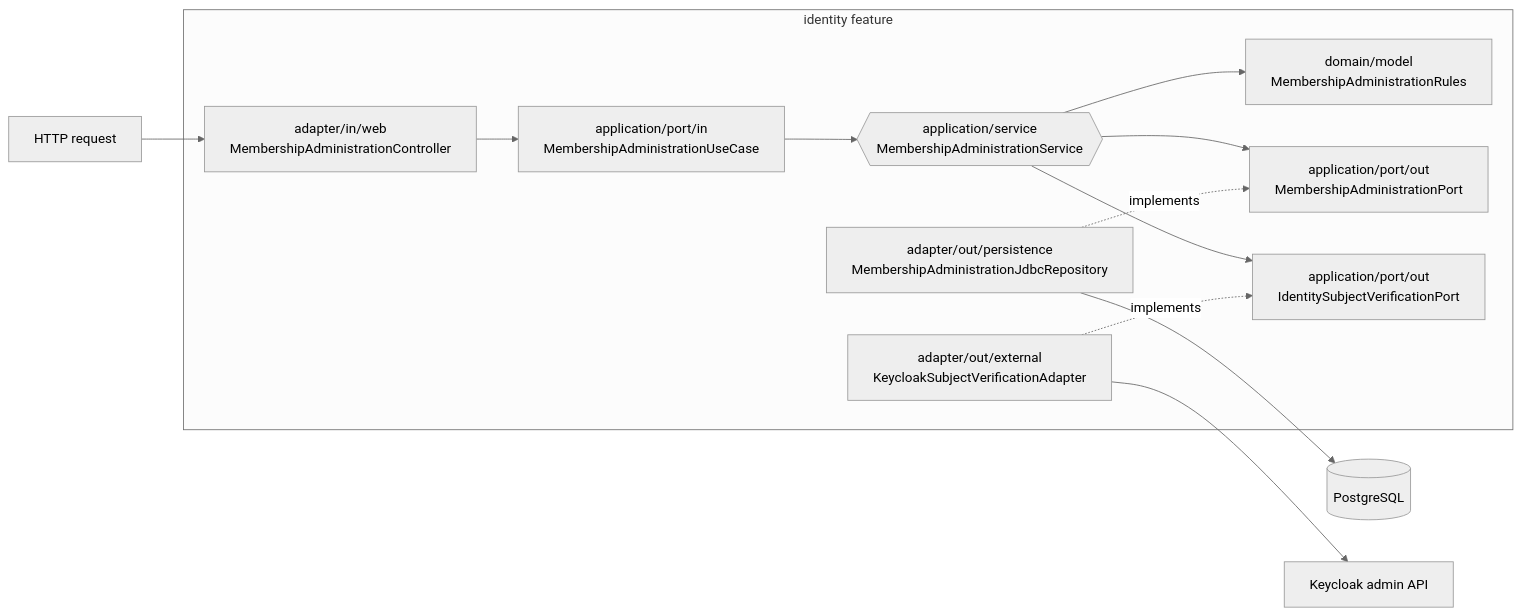
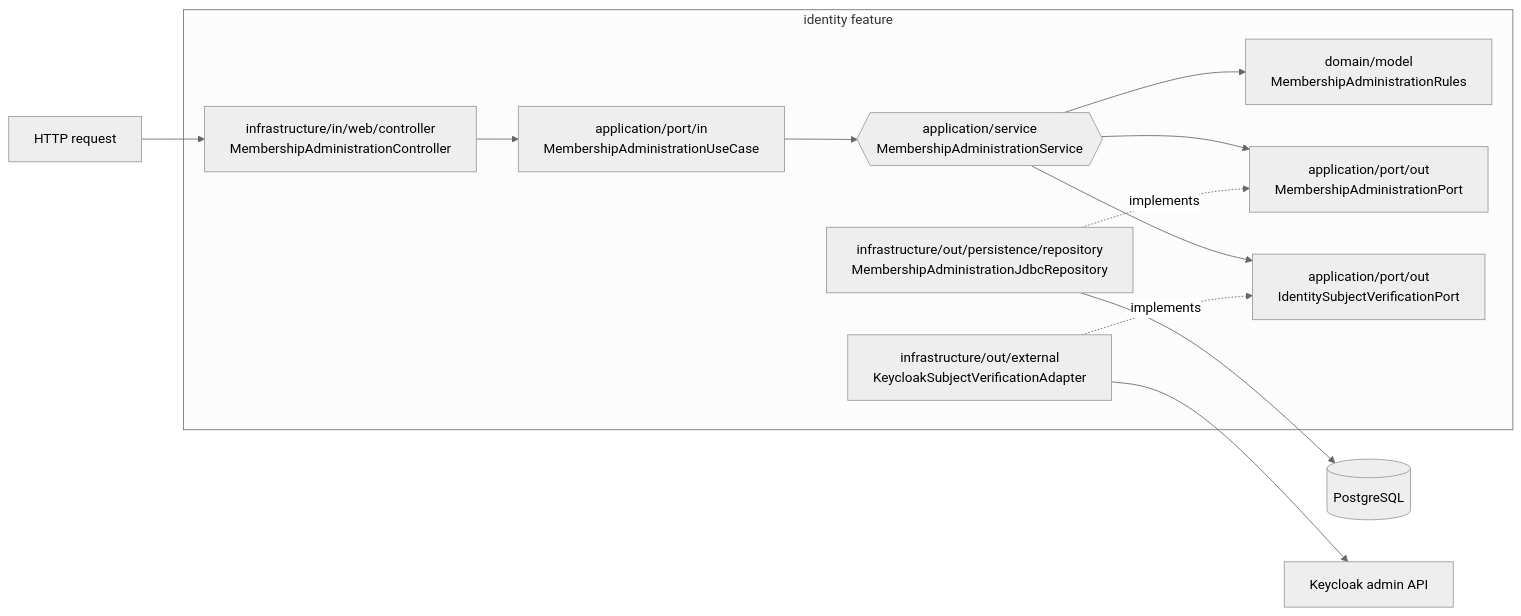
One commit to Abderrafii-GOUTAIB/Olarize changed the second of 2 diagrams in docs/hexagonal-architecture-draft.md. Above: the diagram before and after it, drawn with Mermaid (neutral theme). The commit also changed other lines of this file and 165 other files, not shown here.

````diff
--- a/docs/hexagonal-architecture-draft.md
+++ b/docs/hexagonal-architecture-draft.md
@@ -49,17 +60,17 @@
 ```mermaid
 flowchart LR
-    Request[HTTP request] --> Controller[adapter/in/web<br/>MembershipAdministrationController]
+    Request[HTTP request] --> Controller[infrastructure/in/web/controller<br/>MembershipAdministrationController]
 
     subgraph Identity[identity feature]
         Controller --> InPort[application/port/in<br/>MembershipAdministrationUseCase]
         InPort --> Service{{application/service<br/>MembershipAdministrationService}}
         Service --> Rules[domain/model<br/>MembershipAdministrationRules]
         Service --> OutPort[application/port/out<br/>MembershipAdministrationPort]
         Service --> VerifyPort[application/port/out<br/>IdentitySubjectVerificationPort]
-        Repository[adapter/out/persistence<br/>MembershipAdministrationJdbcRepository] -. implements .-> OutPort
-        KeycloakAdapter[adapter/out/external<br/>KeycloakSubjectVerificationAdapter] -. implements .-> VerifyPort
+        Repository[infrastructure/out/persistence/repository<br/>MembershipAdministrationJdbcRepository] -. implements .-> OutPort
+        KeycloakAdapter[infrastructure/out/external<br/>KeycloakSubjectVerificationAdapter] -. implements .-> VerifyPort
     end
 
     Repository --> Database[(PostgreSQL)]
     KeycloakAdapter --> Keycloak[Keycloak admin API]
 ```
````
